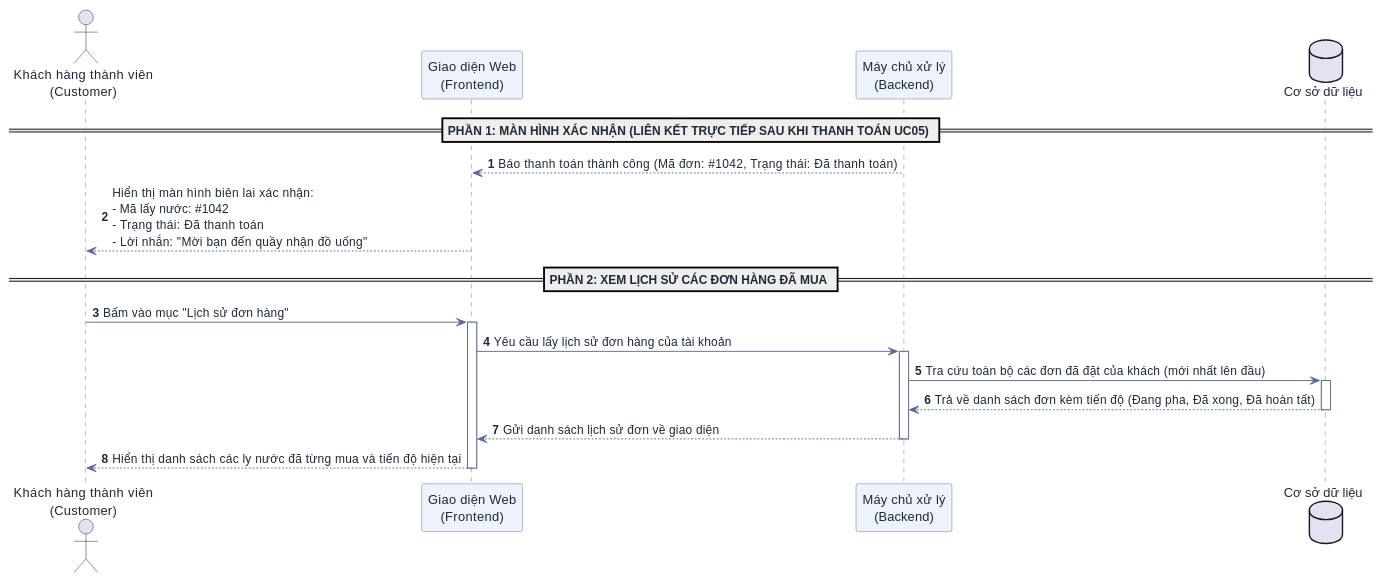
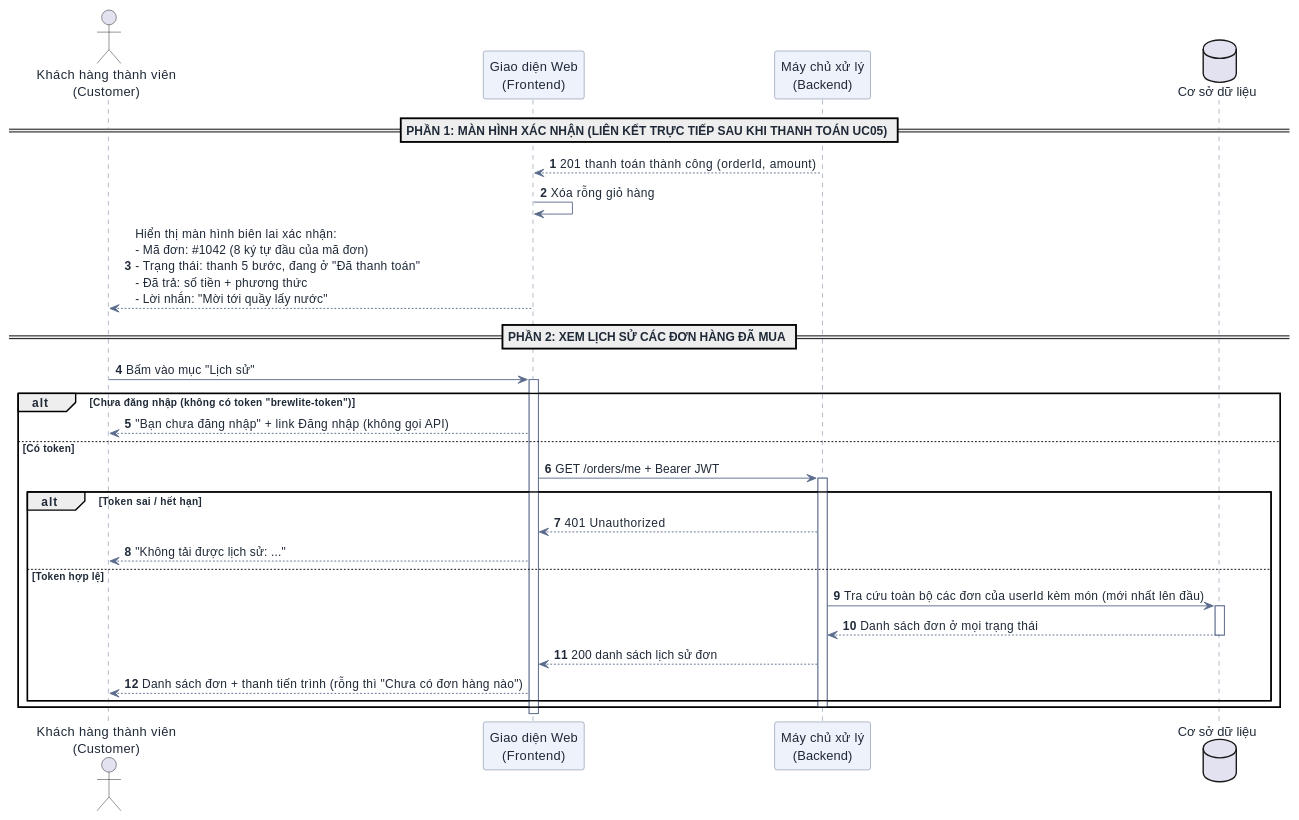
One commit to DuVinhLoi/BrewLite changed the seventh of 9 diagrams in docs/user-sequence-specifications.md. Above: the diagram before and after it, drawn with PlantUML. The commit also changed other lines of this file and 3 other files, not shown here.

First line of the commit message:
docs: dong bo use-case/sequence voi code, plan doc-code-sync, rule .claude/rules/doc-code-sync.md

````diff
--- a/docs/user-sequence-specifications.md
+++ b/docs/user-sequence-specifications.md
@@ -607,36 +639,43 @@
 ```plantuml
 @startuml
 skinparam DefaultFontColor #1f2937
 skinparam ArrowColor #5b6b8c
 skinparam SequenceParticipantBackgroundColor #eef2fb
 skinparam SequenceParticipantBorderColor #5b6b8c
 skinparam SequenceLifeLineBorderColor #5b6b8c
 
 autonumber
 actor "Khách hàng thành viên\n(Customer)" as User
 participant "Giao diện Web\n(Frontend)" as FE
 participant "Máy chủ xử lý\n(Backend)" as BE
 database "Cơ sở dữ liệu" as DB
 
 == PHẦN 1: MÀN HÌNH XÁC NHẬN (LIÊN KẾT TRỰC TIẾP SAU KHI THANH TOÁN UC05) ==
-BE --> FE : Báo thanh toán thành công (Mã đơn: #1042, Trạng thái: Đã thanh toán)
-FE --> User : Hiển thị màn hình biên lai xác nhận:\n- Mã lấy nước: #1042\n- Trạng thái: Đã thanh toán\n- Lời nhắn: "Mời bạn đến quầy nhận đồ uống"
+BE --> FE : 201 thanh toán thành công (orderId, amount)
+FE -> FE : Xóa rỗng giỏ hàng
+FE --> User : Hiển thị màn hình biên lai xác nhận:\n- Mã đơn: #1042 (8 ký tự đầu của mã đơn)\n- Trạng thái: thanh 5 bước, đang ở "Đã thanh toán"\n- Đã trả: số tiền + phương thức\n- Lời nhắn: "Mời tới quầy lấy nước"
 
 == PHẦN 2: XEM LỊCH SỬ CÁC ĐƠN HÀNG ĐÃ MUA ==
-User -> FE : Bấm vào mục "Lịch sử đơn hàng"
+User -> FE : Bấm vào mục "Lịch sử"
 activate FE
-FE -> BE : Yêu cầu lấy lịch sử đơn hàng của tài khoản
-activate BE
-
-BE -> DB : Tra cứu toàn bộ các đơn đã đặt của khách (mới nhất lên đầu)
-activate DB
-DB --> BE : Trả về danh sách đơn kèm tiến độ (Đang pha, Đã xong, Đã hoàn tất)
-deactivate DB
-
-BE --> FE : Gửi danh sách lịch sử đơn về giao diện
-deactivate BE
-
-FE --> User : Hiển thị danh sách các ly nước đã từng mua và tiến độ hiện tại
+alt Chưa đăng nhập (không có token "brewlite-token")
+    FE --> User : "Bạn chưa đăng nhập" + link Đăng nhập (không gọi API)
+else Có token
+    FE -> BE : GET /orders/me + Bearer JWT
+    activate BE
+    alt Token sai / hết hạn
+        BE --> FE : 401 Unauthorized
+        FE --> User : "Không tải được lịch sử: ..."
+    else Token hợp lệ
+        BE -> DB : Tra cứu toàn bộ các đơn của userId kèm món (mới nhất lên đầu)
+        activate DB
+        DB --> BE : Danh sách đơn ở mọi trạng thái
+        deactivate DB
+        BE --> FE : 200 danh sách lịch sử đơn
+        FE --> User : Danh sách đơn + thanh tiến trình (rỗng thì "Chưa có đơn hàng nào")
+    end
+    deactivate BE
+end
 deactivate FE
 @enduml
 ```
````
